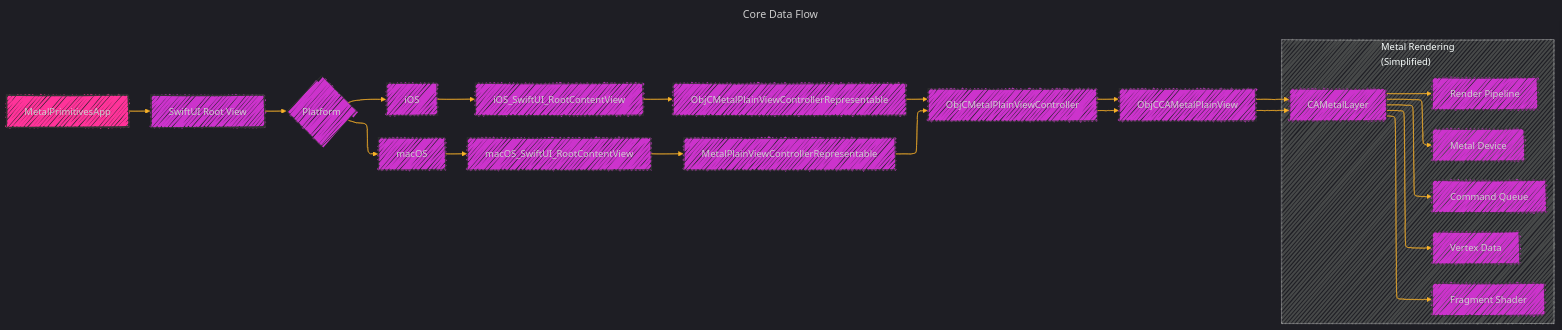
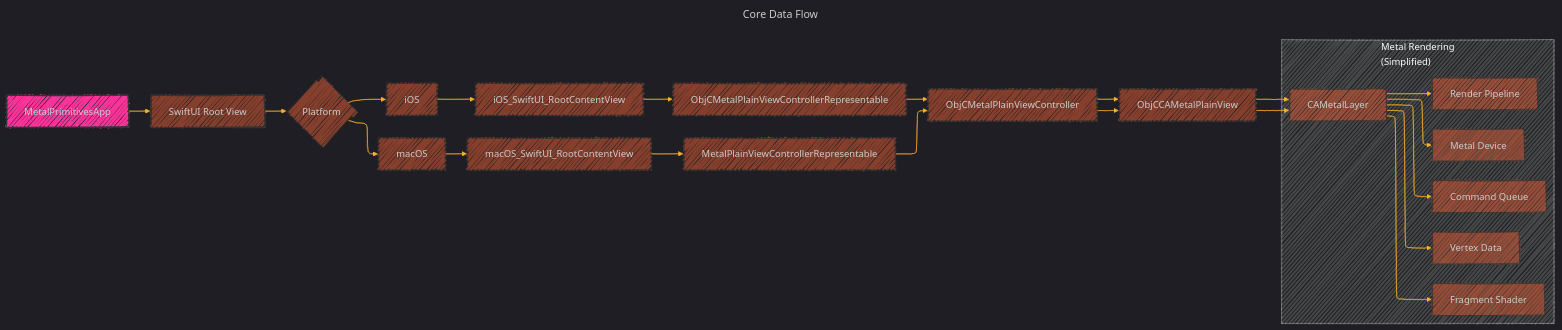
Before and after one commit to CongLeSolutionX/Metal-Primitives: the fourth of 8 diagrams in Documentation_Consolidated_Version_Draft_2.md, drawn with Mermaid. The commit also changed other lines of this file, not shown here.

```diff
--- a/Documentation_Consolidated_Version_Draft_2.md
+++ b/Documentation_Consolidated_Version_Draft_2.md
@@ -302,22 +302,22 @@
     end
 
     style A fill:#f39f,stroke:#333,stroke-width:2px
-    style B fill:#c3cf,stroke:#333,stroke-width:2px
-    style C fill:#c3cf,stroke:#333,stroke-width:1px
-    style D fill:#c3cf,stroke:#333,stroke-width:1px
-    style E fill:#c3cf,stroke:#333,stroke-width:1px
-    style F fill:#c3cf,stroke:#333,stroke-width:1px
-    style G fill:#c3cf,stroke:#333,stroke-width:1px
-    style H fill:#c3cf,stroke:#333,stroke-width:1px
-    style I fill:#c3cf,stroke:#333,stroke-width:1px
-    style J fill:#c3cf,stroke:#333,stroke-width:1px
-    style K fill:#c3cf,stroke:#333,stroke-width:1px
-    style L fill:#c3cf,stroke:#333,stroke-width:1px
-    style M fill:#c3cf,stroke:#333,stroke-width:1px
-    style N fill:#c3cf,stroke:#333,stroke-width:1px
-    style O fill:#c3cf,stroke:#333,stroke-width:1px
-    style P fill:#c3cf,stroke:#333,stroke-width:1px
-    style Q fill:#c3cf,stroke:#333,stroke-width:1px
+    style B fill:#c539,stroke:#333,stroke-width:2px
+    style C fill:#c539,stroke:#333,stroke-width:1px
+    style D fill:#c539,stroke:#333,stroke-width:1px
+    style E fill:#c539,stroke:#333,stroke-width:1px
+    style F fill:#c539,stroke:#333,stroke-width:1px
+    style G fill:#c539,stroke:#333,stroke-width:1px
+    style H fill:#c539,stroke:#333,stroke-width:1px
+    style I fill:#c539,stroke:#333,stroke-width:1px
+    style J fill:#c539,stroke:#333,stroke-width:1px
+    style K fill:#c539,stroke:#333,stroke-width:1px
+    style L fill:#c539,stroke:#333,stroke-width:1px
+    style M fill:#c539,stroke:#333,stroke-width:1px
+    style N fill:#c539,stroke:#333,stroke-width:1px
+    style O fill:#c539,stroke:#333,stroke-width:1px
+    style P fill:#c539,stroke:#333,stroke-width:1px
+    style Q fill:#c539,stroke:#333,stroke-width:1px
 
     click A "https://developer.apple.com/documentation/swiftui/app"
     click B "https://developer.apple.com/documentation/swiftui/view"
```
